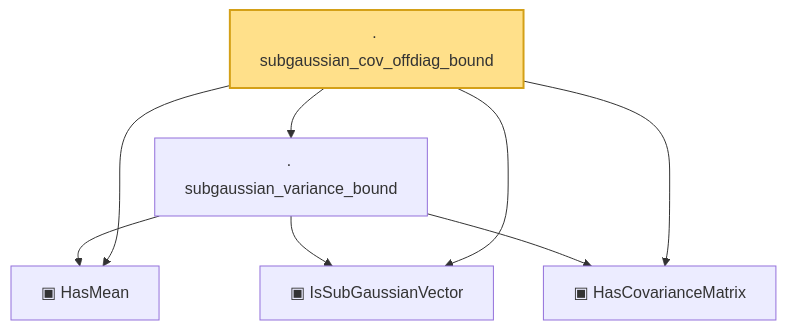
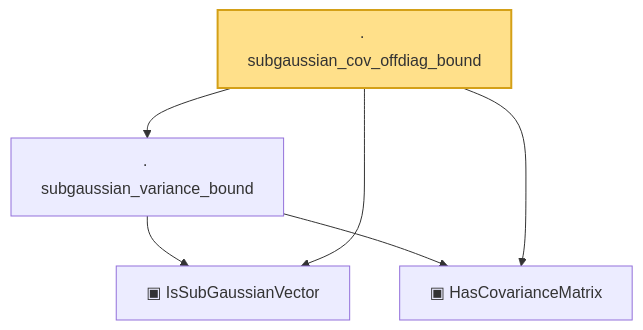
Before and after one commit to statopia/statlib-site: the diagram in public/narratives/HighDim/subgaussian_cov_offdiag_bound.md, drawn with Mermaid. The commit also changed other lines of this file and 85 other files, not shown here.

````diff
--- a/public/narratives/HighDim/subgaussian_cov_offdiag_bound.md
+++ b/public/narratives/HighDim/subgaussian_cov_offdiag_bound.md
@@ -16,18 +15,15 @@
 ```mermaid
 flowchart TD
-  n0["▣ HasMean"]
-  n1["▣ IsSubGaussianVector"]
-  n2["▣ HasCovarianceMatrix"]
-  n3["· subgaussian_variance_bound"]
-  n4["· subgaussian_cov_offdiag_bound"]
+  n0["▣ IsSubGaussianVector"]
+  n1["▣ HasCovarianceMatrix"]
+  n2["· subgaussian_variance_bound"]
+  n3["· subgaussian_cov_offdiag_bound"]
+  n2 --> n0
+  n2 --> n1
   n3 --> n0
   n3 --> n1
   n3 --> n2
-  n4 --> n0
-  n4 --> n1
-  n4 --> n2
-  n4 --> n3
-  class n4 headline;
+  class n3 headline;
   classDef headline fill:#ffe08a,stroke:#d4a017,stroke-width:2px;
   classDef axiomNode fill:#ffd0d0,stroke:#c0392b,stroke-dasharray:4 2;
 ```
````
